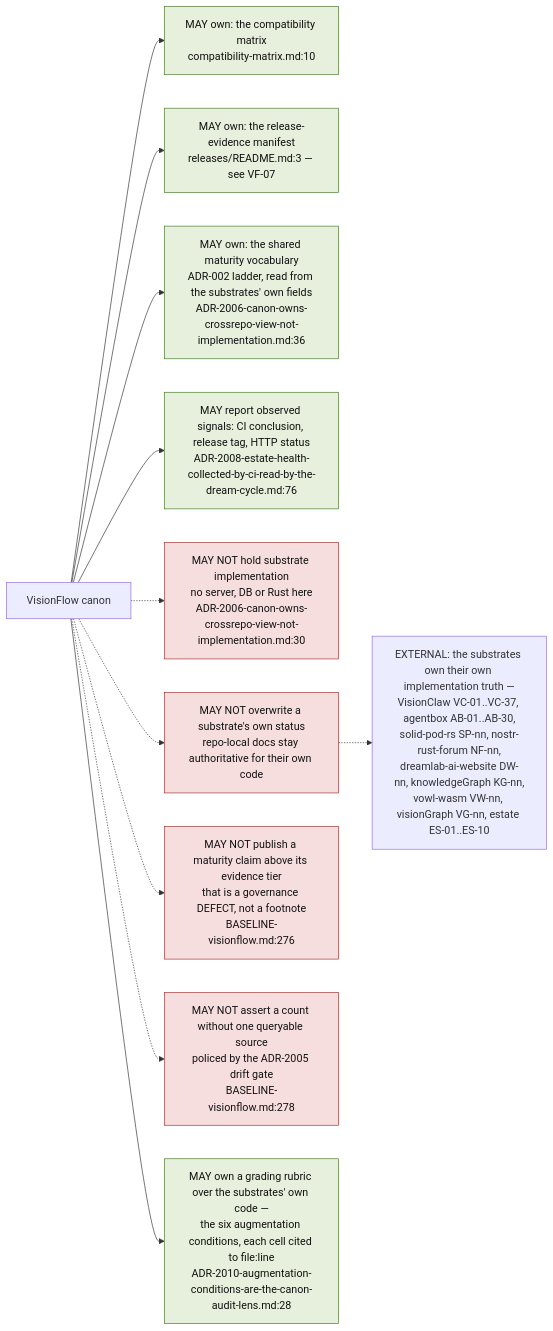
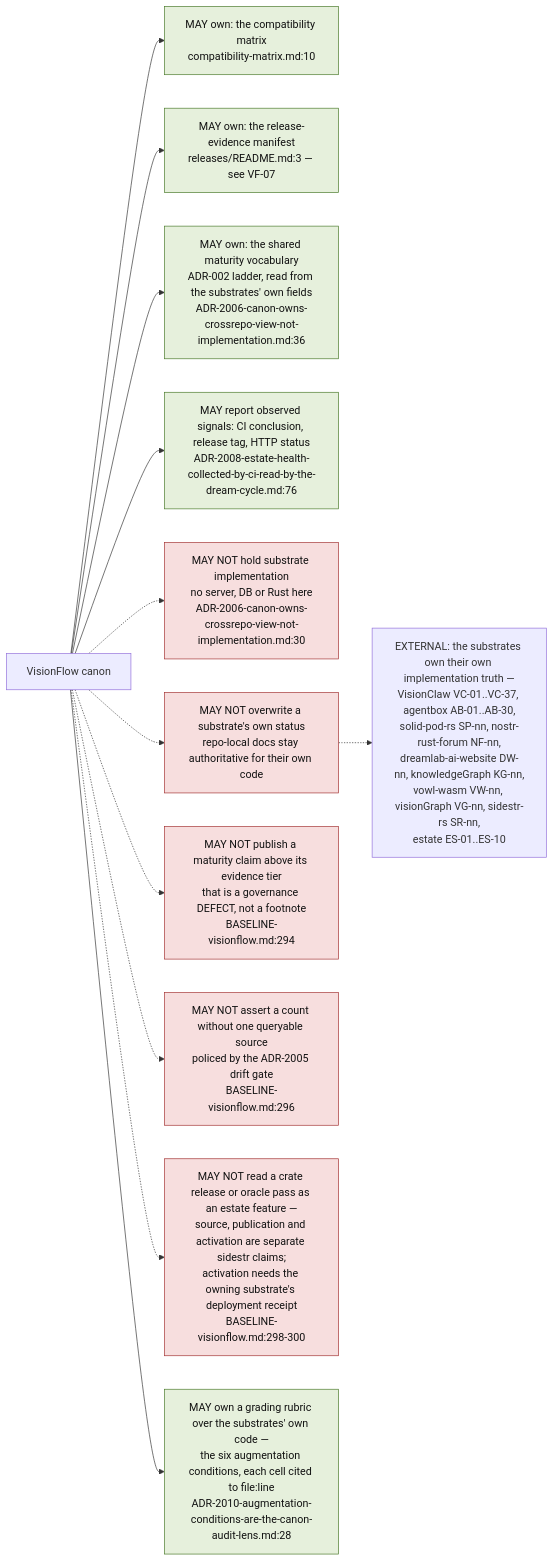
Before and after one commit to DreamLab-AI/VisionFlow: the seventh of 11 diagrams in docs/diagrams/visionflow/01-repo-composition-and-canon.md, drawn with Mermaid. The commit also changed other lines of this file and 94 other files, not shown here.

First line of the commit message:
docs(diagrams): re-verify 130 topics against 2 October HEADs

````diff
--- a/docs/diagrams/visionflow/01-repo-composition-and-canon.md
+++ b/docs/diagrams/visionflow/01-repo-composition-and-canon.md
@@ -277,20 +289,21 @@
 ```mermaid
 flowchart LR
     classDef may fill:#e6f0dc,stroke:#4a7a2a,color:#111
     classDef mayn fill:#f7dede,stroke:#a33333,color:#111
 
     VF["VisionFlow canon"]
     VF --> M1["MAY own: the compatibility matrix<br/>compatibility-matrix.md:10"]:::may
     VF --> M2["MAY own: the release-evidence manifest<br/>releases/README.md:3 — see VF-07"]:::may
     VF --> M3["MAY own: the shared maturity vocabulary<br/>ADR-002 ladder, read from the substrates' own fields<br/>ADR-2006-canon-owns-crossrepo-view-not-implementation.md:36"]:::may
     VF --> M4["MAY report observed signals: CI conclusion, release tag, HTTP status<br/>ADR-2008-estate-health-collected-by-ci-read-by-the-dream-cycle.md:76"]:::may
 
     VF -.-> N1["MAY NOT hold substrate implementation<br/>no server, DB or Rust here<br/>ADR-2006-canon-owns-crossrepo-view-not-implementation.md:30"]:::mayn
     VF -.-> N2["MAY NOT overwrite a substrate's own status<br/>repo-local docs stay authoritative for their own code"]:::mayn
-    VF -.-> N3["MAY NOT publish a maturity claim above its evidence tier<br/>that is a governance DEFECT, not a footnote<br/>BASELINE-visionflow.md:276"]:::mayn
-    VF -.-> N4["MAY NOT assert a count without one queryable source<br/>policed by the ADR-2005 drift gate<br/>BASELINE-visionflow.md:278"]:::mayn
+    VF -.-> N3["MAY NOT publish a maturity claim above its evidence tier<br/>that is a governance DEFECT, not a footnote<br/>BASELINE-visionflow.md:294"]:::mayn
+    VF -.-> N4["MAY NOT assert a count without one queryable source<br/>policed by the ADR-2005 drift gate<br/>BASELINE-visionflow.md:296"]:::mayn
+    VF -.-> N5["MAY NOT read a crate release or oracle pass as an estate feature —<br/>source, publication and activation are separate sidestr claims;<br/>activation needs the owning substrate's deployment receipt<br/>BASELINE-visionflow.md:298-300"]:::mayn
     VF --> M5["MAY own a grading rubric over the substrates' own code —<br/>the six augmentation conditions, each cell cited to file:line<br/>ADR-2010-augmentation-conditions-are-the-canon-audit-lens.md:28"]:::may
 
-    EXT["EXTERNAL: the substrates own their own implementation truth —<br/>VisionClaw VC-01..VC-37, agentbox AB-01..AB-30,<br/>solid-pod-rs SP-nn, nostr-rust-forum NF-nn,<br/>dreamlab-ai-website DW-nn, knowledgeGraph KG-nn,<br/>vowl-wasm VW-nn, visionGraph VG-nn, estate ES-01..ES-10"]
+    EXT["EXTERNAL: the substrates own their own implementation truth —<br/>VisionClaw VC-01..VC-37, agentbox AB-01..AB-30,<br/>solid-pod-rs SP-nn, nostr-rust-forum NF-nn,<br/>dreamlab-ai-website DW-nn, knowledgeGraph KG-nn,<br/>vowl-wasm VW-nn, visionGraph VG-nn, sidestr-rs SR-nn,<br/>estate ES-01..ES-10"]
     N2 -.-> EXT
 ```
````
